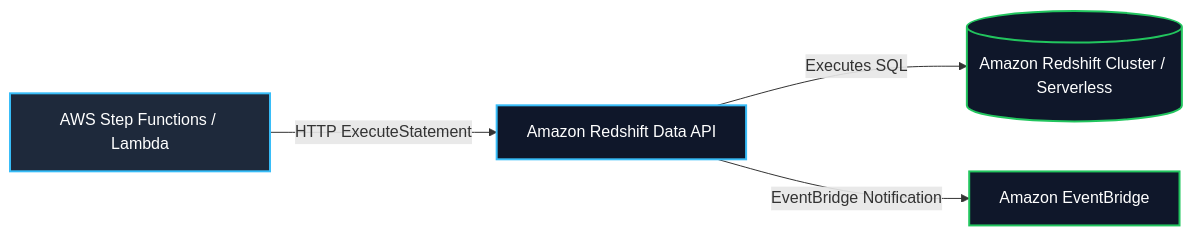
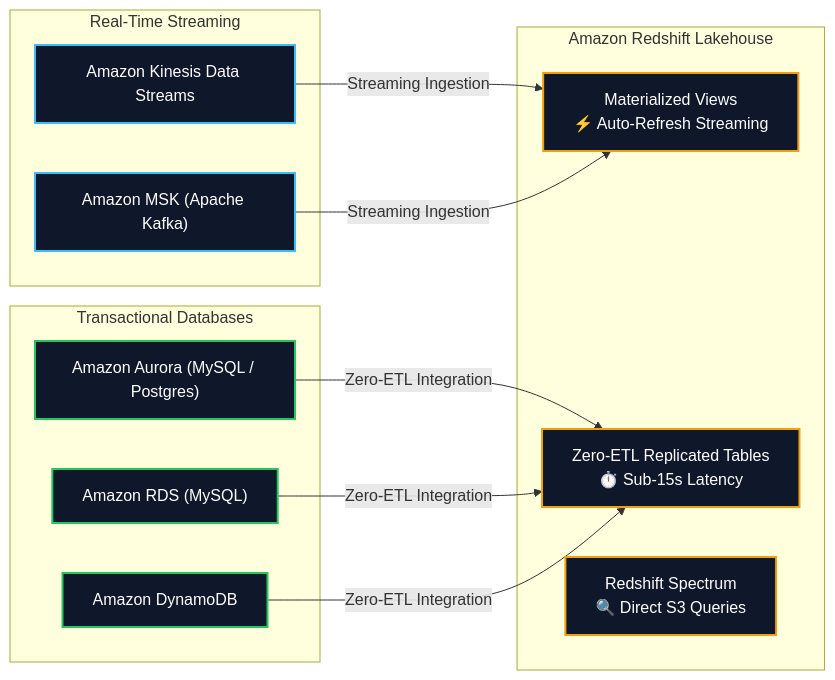
The eighth of 8 diagrams in content/02-services/database/redshift.md (Wathon/aws-dea-c01-note), drawn with Mermaid before and after one commit. The commit also changed other lines of this file, not shown here.

Commit message:
refactor(redshift): streamline note structure to match cohesive repository format while preserving complete technical coverage

````diff
--- a/content/02-services/database/redshift.md
+++ b/content/02-services/database/redshift.md
@@ -529,14 +425,33 @@
 ```mermaid
 graph LR
-    StepFunc["AWS Step Functions / Lambda"] -->|"HTTP ExecuteStatement"| DataAPI["Amazon Redshift Data API"]
-    DataAPI -->|"Executes SQL"| Redshift[("Amazon Redshift Cluster / Serverless")]
-    DataAPI -->|"EventBridge Notification"| EventBridge["Amazon EventBridge"]
+    subgraph StreamSources["Real-Time Streaming"]
+        Kinesis["Amazon Kinesis Data Streams"]
+        MSK["Amazon MSK (Apache Kafka)"]
+    end
 
-    classDef caller fill:#1e293b,stroke:#38bdf8,stroke-width:2px,color:#fff;
-    classDef api fill:#0f172a,stroke:#38bdf8,stroke-width:2px,color:#fff;
-    classDef dest fill:#0f172a,stroke:#22c55e,stroke-width:2px,color:#fff;
+    subgraph ZeroETLSources["Transactional Databases"]
+        Aurora["Amazon Aurora (MySQL / Postgres)"]
+        RDS["Amazon RDS (MySQL)"]
+        DynamoDB["Amazon DynamoDB"]
+    end
 
-    class StepFunc caller;
-    class DataAPI api;
-    class Redshift,EventBridge dest;
+    subgraph RedshiftTarget["Amazon Redshift Lakehouse"]
+        MatView["Materialized Views<br/>⚡ Auto-Refresh Streaming"]
+        ZeroETLTarget["Zero-ETL Replicated Tables<br/>⏱️ Sub-15s Latency"]
+        SpectrumEng["Redshift Spectrum<br/>🔍 Direct S3 Queries"]
+    end
+
+    Kinesis -->|"Streaming Ingestion"| MatView
+    MSK -->|"Streaming Ingestion"| MatView
+    Aurora -->|"Zero-ETL Integration"| ZeroETLTarget
+    RDS -->|"Zero-ETL Integration"| ZeroETLTarget
+    DynamoDB -->|"Zero-ETL Integration"| ZeroETLTarget
+
+    classDef stream fill:#0f172a,stroke:#38bdf8,stroke-width:2px,color:#fff;
+    classDef trans fill:#0f172a,stroke:#22c55e,stroke-width:2px,color:#fff;
+    classDef target fill:#0f172a,stroke:#f59e0b,stroke-width:2px,color:#fff;
+
+    class Kinesis,MSK stream;
+    class Aurora,RDS,DynamoDB trans;
+    class MatView,ZeroETLTarget,SpectrumEng target;
 ```
````
